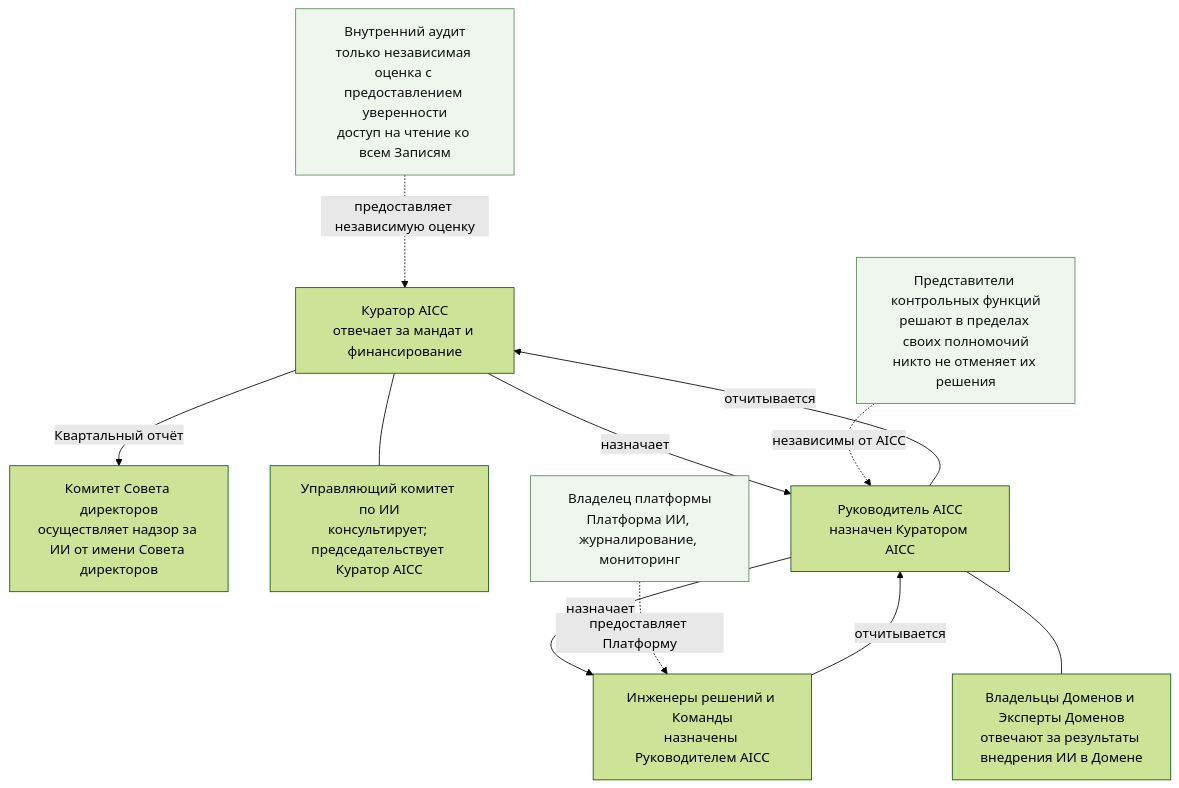
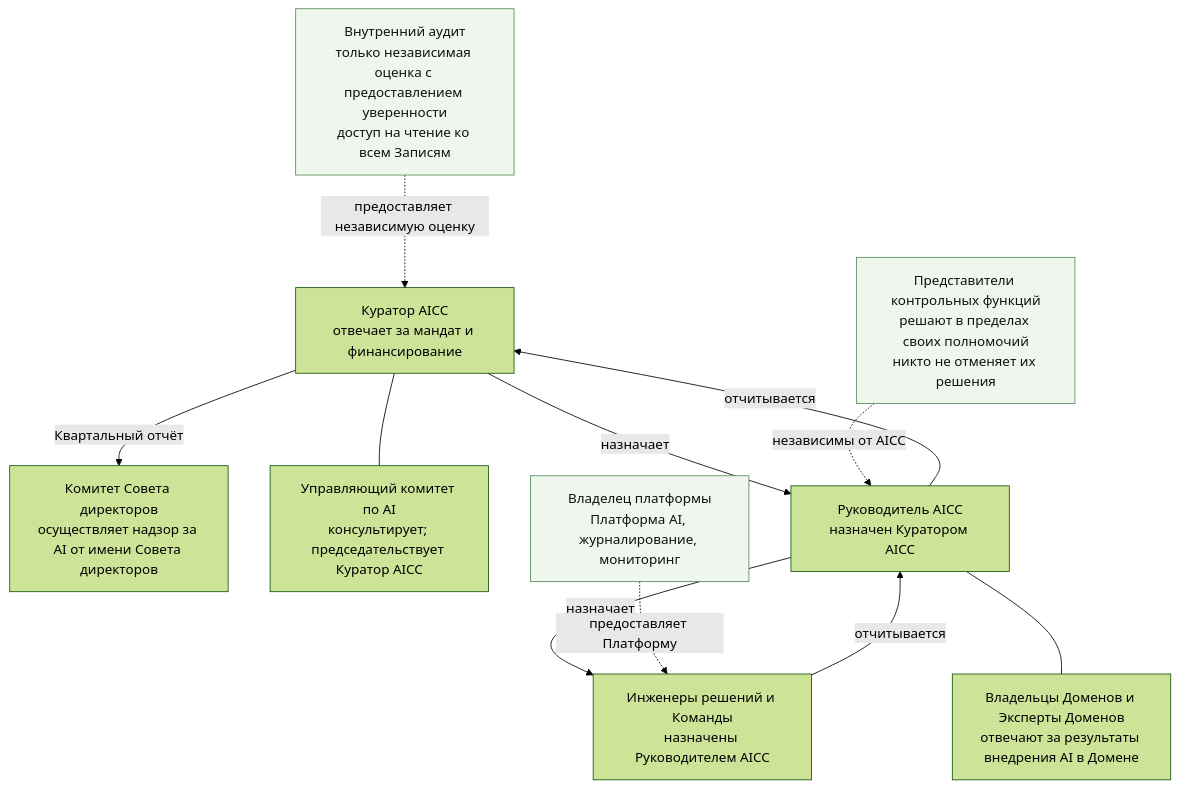
One commit to devhogu/ob-aicc changed the first of 3 diagrams in charter/ru/guides/unit-governance-guide.md. Above: the diagram before and after it, drawn with Mermaid (forest theme). The commit also changed other lines of this file and 768 other files, not shown here.

````diff
--- a/charter/ru/guides/unit-governance-guide.md
+++ b/charter/ru/guides/unit-governance-guide.md
@@ -19,24 +19,24 @@
 ```mermaid
 flowchart TB
-  BD["Комитет Совета директоров<br/>осуществляет надзор за ИИ от имени Совета директоров"]
+  BD["Комитет Совета директоров<br/>осуществляет надзор за AI от имени Совета директоров"]
   ES["Куратор AICC<br/>отвечает за мандат и финансирование"]
-  AS["Управляющий комитет по ИИ<br/>консультирует; председательствует Куратор AICC"]
+  AS["Управляющий комитет по AI<br/>консультирует; председательствует Куратор AICC"]
   AL["Руководитель AICC<br/>назначен Куратором AICC"]
   TM["Инженеры решений и Команды<br/>назначены Руководителем AICC"]
-  DO["Владельцы Доменов и Эксперты Доменов<br/>отвечают за результаты внедрения ИИ в Домене"]
+  DO["Владельцы Доменов и Эксперты Доменов<br/>отвечают за результаты внедрения AI в Домене"]
   CF["Представители контрольных функций<br/>решают в пределах своих полномочий<br/>никто не отменяет их решения"]
-  PO["Владелец платформы<br/>Платформа ИИ, журналирование, мониторинг"]
+  PO["Владелец платформы<br/>Платформа AI, журналирование, мониторинг"]
   IA["Внутренний аудит<br/>только независимая оценка с предоставлением уверенности<br/>доступ на чтение ко всем Записям"]
   ES -->|"назначает"| AL
   ES --- AS
   AL -->|"назначает"| TM
   AL --- DO
   TM -->|"отчитывается"| AL
   AL -->|"отчитывается"| ES
   ES -->|"Квартальный отчёт"| BD
   CF -.->|"независимы от AICC"| AL
   PO -.->|"предоставляет Платформу"| TM
   IA -.->|"предоставляет независимую оценку"| ES
   classDef ext fill:#eef6ee,stroke:#5a8a5a,color:#111
   class CF,PO,IA ext
 ```
````
